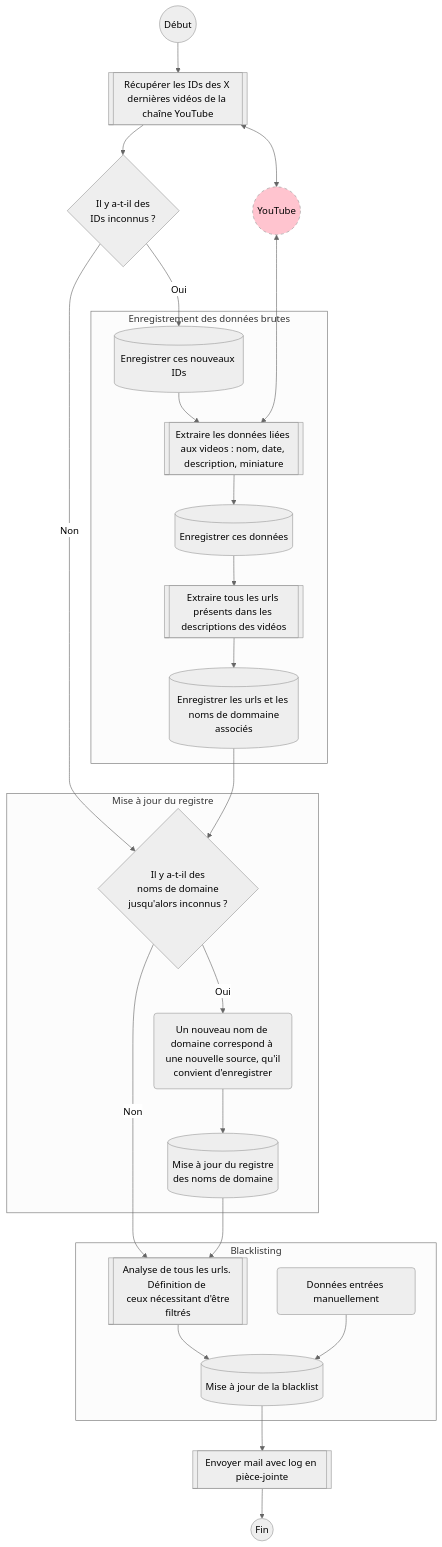
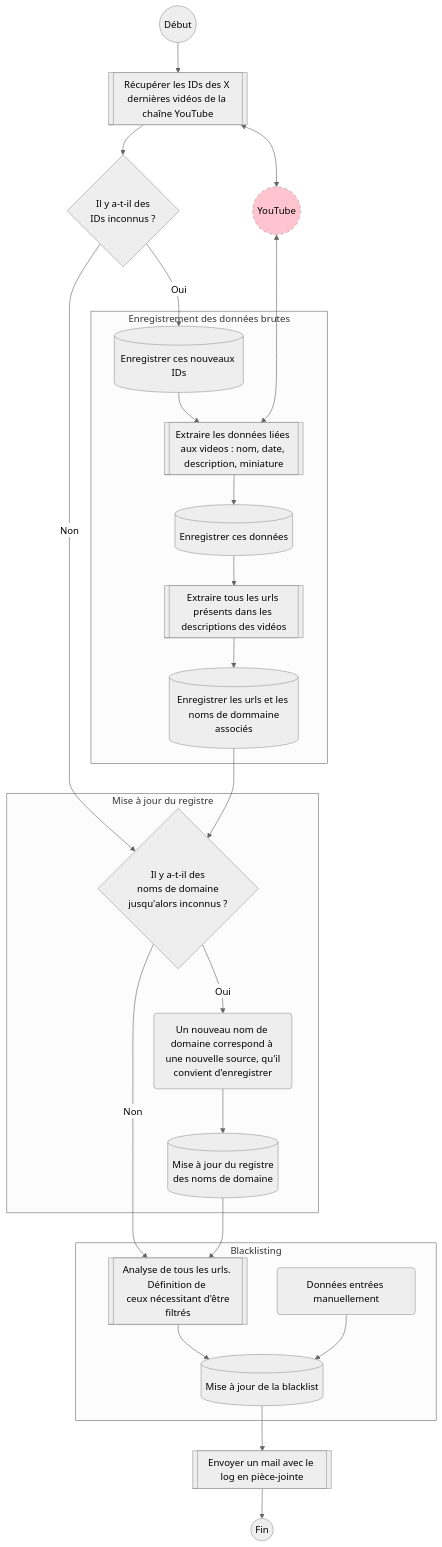
Before and after one commit to Sources-Hugo-Decrypte/sources-hugo-decrypte-backend: the second of 2 diagrams in README.md, drawn with Mermaid (neutral theme).

````diff
--- a/README.md
+++ b/README.md
@@ -95,50 +95,50 @@
 ```mermaid
 flowchart TB
     Start((Début)) -->FetchIDs
 
     FetchIDs[[Récupérer les IDs des X dernières vidéos de la chaîne YouTube]] --> IDCheck{Il y a-t-il des <br/> IDs inconnus ?}
     FetchIDs <--> Youtube((YouTube))
 
     IDCheck -->|Oui| VideoTableFillID[(Enregistrer ces nouveaux IDs)]
     IDCheck -->|Non| NewSourcesCheck
 
     VideoTableFillID --> ScrapeYTBDetails[[Extraire les données liées aux videos : nom, date, description, miniature]]
     Youtube <---> ScrapeYTBDetails
     ScrapeYTBDetails --> VideoTableFillDetails[(Enregistrer ces données)]
     
     VideoTableFillDetails --> ExtractUrls[[Extraire tous les urls présents dans les descriptions des vidéos]]
     ExtractUrls --> UrlTableFill[(Enregistrer les urls et les <br/> noms de dommaine associés)]
 
     UrlTableFill --> NewSourcesCheck{Il y a-t-il des <br/> noms de domaine <br/> jusqu'alors inconnus ?}
 
     NewSourcesCheck -->|Oui| NewDomainName(Un nouveau nom de domaine correspond à <br/> une nouvelle source, qu'il convient d'enregistrer)
     NewSourcesCheck -->|Non| BlacklistAnalysis
     
     NewDomainName --> RegisterUpdate
     RegisterUpdate[(Mise à jour du registre <br/> des noms de domaine)]
     RegisterUpdate --> BlacklistAnalysis[[Analyse de tous les urls. Définition de <br/> ceux nécessitant d'être filtrés]]
     BlacklistAnalysis --> BlacklistUpdate[(Mise à jour de la blacklist)]
     ManualData(Données entrées manuellement) --> BlacklistUpdate
-    BlacklistUpdate --> SendEmail[[Envoyer mail avec log en pièce-jointe]]
+    BlacklistUpdate --> SendEmail[[Envoyer un mail avec le log en pièce-jointe]]
     SendEmail --> Done((Fin))
 
     subgraph "Enregistrement des données brutes"
         VideoTableFillID
         ScrapeYTBDetails
         VideoTableFillDetails
         ExtractUrls
         UrlTableFill
     end
     subgraph "Mise à jour du registre"
         NewSourcesCheck
         NewDomainName
         RegisterUpdate
     end
     subgraph "Blacklisting"
         BlacklistAnalysis
         ManualData
         BlacklistUpdate
     end
     
     style Youtube fill:#ffc4cf,stroke-dasharray: 5 5
 ```
````
